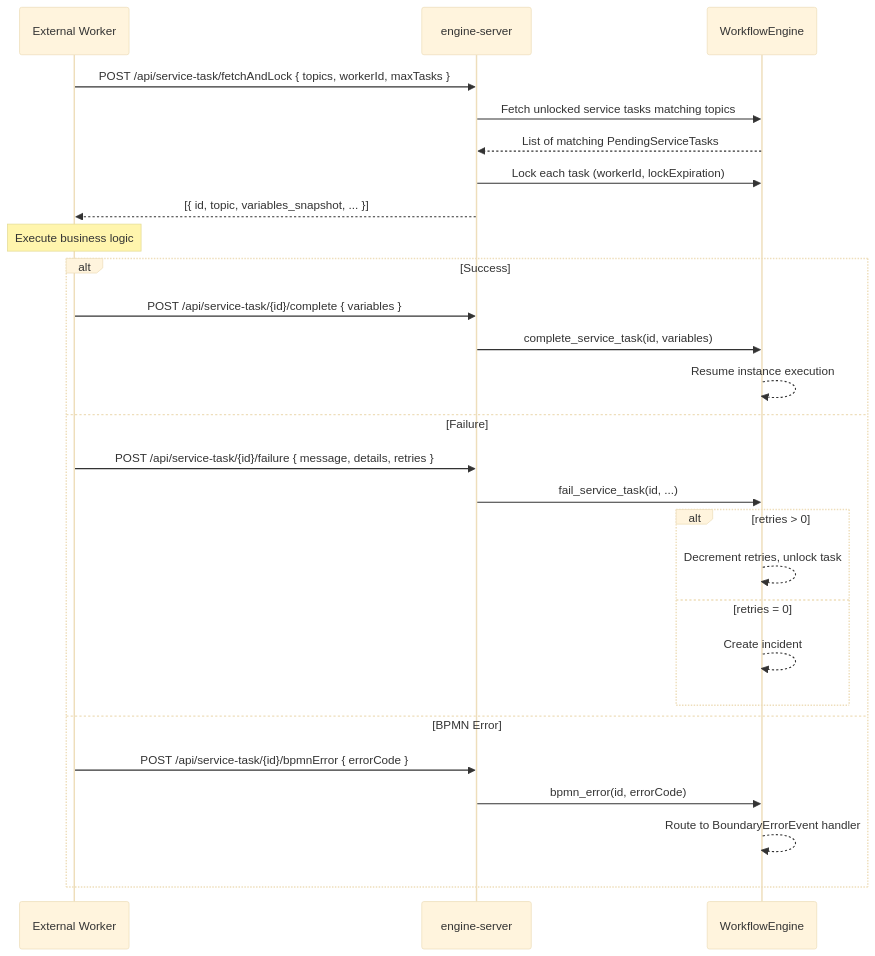
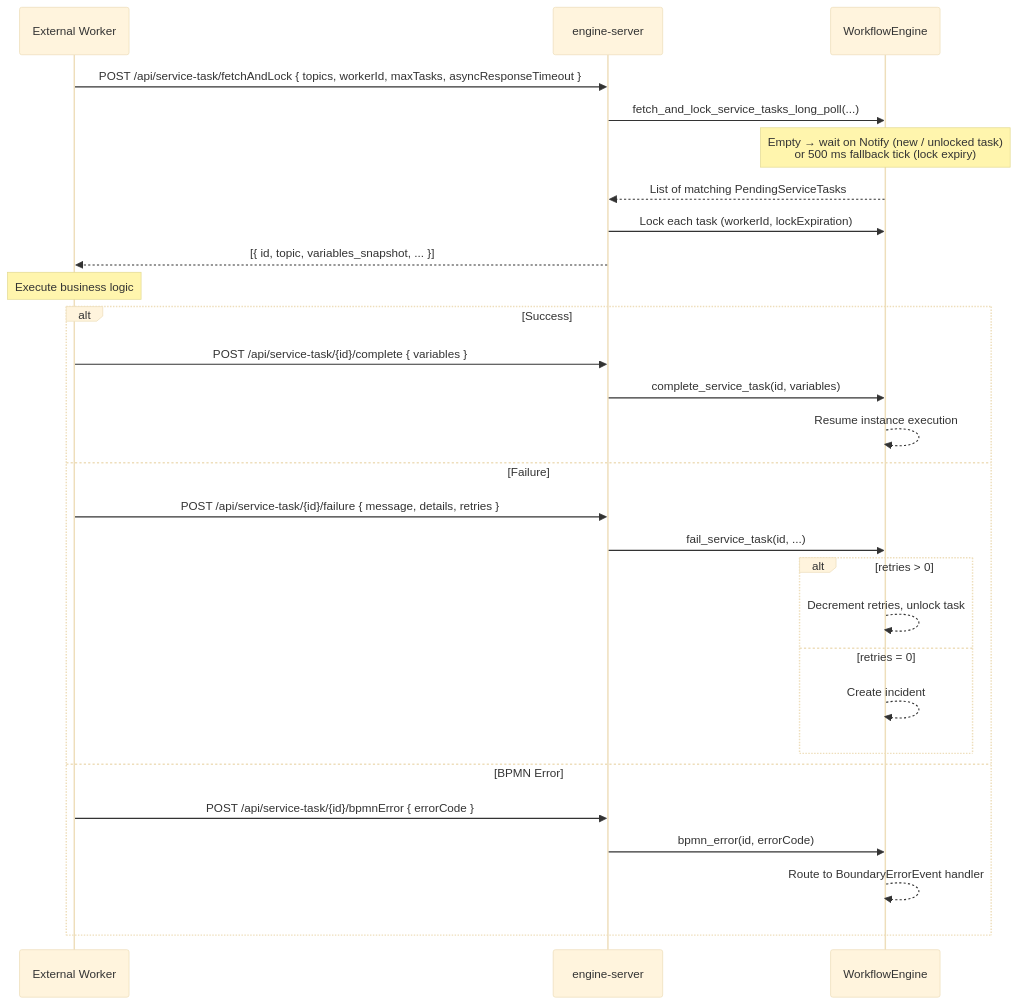
Before and after one commit to maatini/bpmninja: the third of 8 diagrams in docs/knowledge-base/architecture/data-flows.md, drawn with Mermaid (base theme). The commit also changed other lines of this file and 21 other files, not shown here.

First line of the commit message:
Refactor timer scheduler to be event-driven and improve long-polling for service tasks

````diff
--- a/docs/knowledge-base/architecture/data-flows.md
+++ b/docs/knowledge-base/architecture/data-flows.md
@@ -65,32 +65,33 @@
 ```mermaid
 sequenceDiagram
     participant Worker as External Worker
     participant Server as engine-server
     participant Engine as WorkflowEngine
 
-    Worker->>Server: POST /api/service-task/fetchAndLock { topics, workerId, maxTasks }
-    Server->>Engine: Fetch unlocked service tasks matching topics
+    Worker->>Server: POST /api/service-task/fetchAndLock { topics, workerId, maxTasks, asyncResponseTimeout }
+    Server->>Engine: fetch_and_lock_service_tasks_long_poll(...)
+    Note over Engine: Empty → wait on Notify (new / unlocked task)<br/>or 500 ms fallback tick (lock expiry)
     Engine-->>Server: List of matching PendingServiceTasks
     Server->>Engine: Lock each task (workerId, lockExpiration)
     Server-->>Worker: [{ id, topic, variables_snapshot, ... }]
     
     Note over Worker: Execute business logic
     
     alt Success
         Worker->>Server: POST /api/service-task/{id}/complete { variables }
         Server->>Engine: complete_service_task(id, variables)
         Engine-->>Engine: Resume instance execution
     else Failure
         Worker->>Server: POST /api/service-task/{id}/failure { message, details, retries }
         Server->>Engine: fail_service_task(id, ...)
         alt retries > 0
             Engine-->>Engine: Decrement retries, unlock task
         else retries = 0
             Engine-->>Engine: Create incident
         end
     else BPMN Error
         Worker->>Server: POST /api/service-task/{id}/bpmnError { errorCode }
         Server->>Engine: bpmn_error(id, errorCode)
         Engine-->>Engine: Route to BoundaryErrorEvent handler
     end
 ```
````
